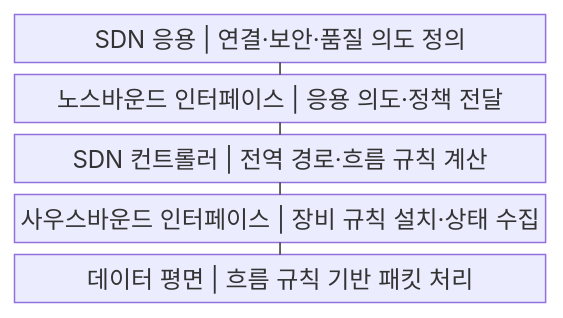
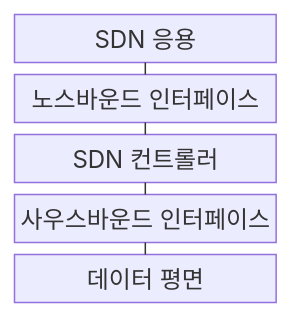
One commit to agnusdei1207/knowledge-base changed the first of 2 diagrams in src/content/docs/notes/04-network/056_software_defined_networking.md. Above: the diagram before and after it, drawn with Mermaid. The commit also changed other lines of this file and 122 other files, not shown here.

````diff
--- a/src/content/docs/notes/04-network/056_software_defined_networking.md
+++ b/src/content/docs/notes/04-network/056_software_defined_networking.md
@@ -53,13 +53,13 @@
 ```mermaid
-block
+block-beta
     columns 1
-    A["SDN 응용 | 연결·보안·품질 의도 정의"]
-    B["노스바운드 인터페이스 | 응용 의도·정책 전달"]
-    C["SDN 컨트롤러 | 전역 경로·흐름 규칙 계산"]
-    D["사우스바운드 인터페이스 | 장비 규칙 설치·상태 수집"]
-    E["데이터 평면 | 흐름 규칙 기반 패킷 처리"]
+    A["SDN 응용"]
+    B["노스바운드 인터페이스"]
+    C["SDN 컨트롤러"]
+    D["사우스바운드 인터페이스"]
+    E["데이터 평면"]
     A --- B
     B --- C
     C --- D
     D --- E
 ```
````
